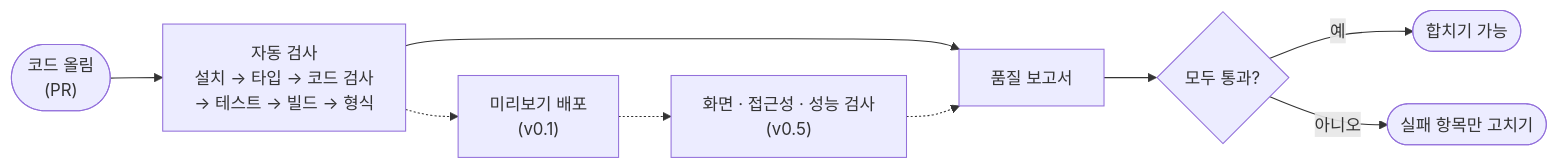
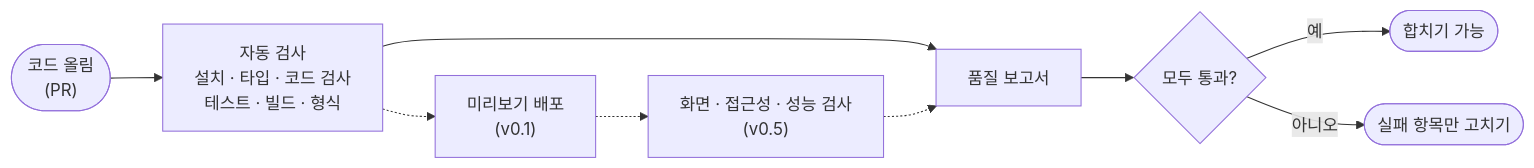
One commit to parksubeom/bumpist-ship changed the diagram in README.md. Above: the diagram before and after it, drawn with Mermaid. The commit also changed other lines of this file and 1 other file, not shown here.

````diff
--- a/README.md
+++ b/README.md
@@ -20,11 +87,11 @@
 ```mermaid
 flowchart LR
-  pr(["코드 올림<br/>(PR)"]) --> ci["자동 검사<br/>설치 → 타입 → 코드 검사<br/>→ 테스트 → 빌드 → 형식"]
+  pr(["코드 올림<br/>(PR)"]) --> ci["자동 검사<br/>설치 · 타입 · 코드 검사<br/>테스트 · 빌드 · 형식"]
   ci --> report["품질 보고서"]
   report --> merge{"모두 통과?"}
   merge -- "예" --> ok(["합치기 가능"])
   merge -- "아니오" --> fix(["실패 항목만 고치기"])
   ci -.-> deploy["미리보기 배포<br/>(v0.1)"]
   deploy -.-> qa["화면 · 접근성 · 성능 검사<br/>(v0.5)"]
   qa -.-> report
 ```
````
